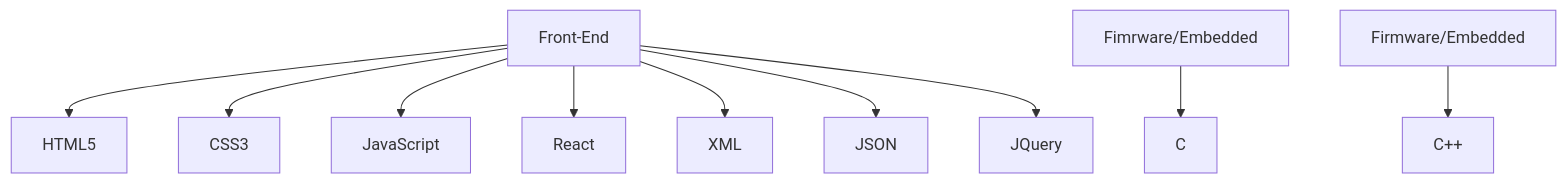
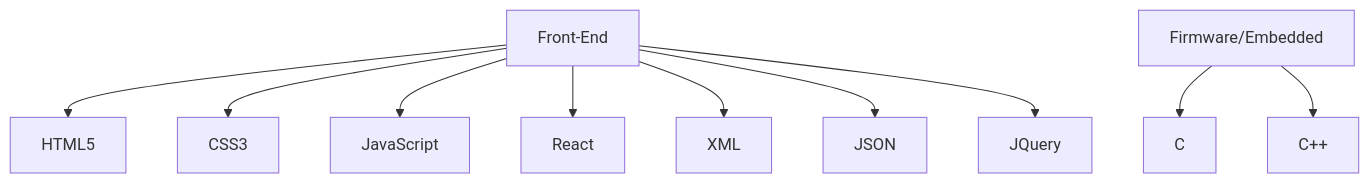
One commit to Jitao-Hu/Jitao-Hu changed the diagram in README.md. Above: the diagram before and after it, drawn with Mermaid.

````diff
--- a/README.md
+++ b/README.md
@@ -29,12 +29,12 @@
 ```mermaid
 graph TD;
     Front-End-->HTML5;
     Front-End-->CSS3;
     Front-End-->JavaScript;
     Front-End-->React;
     Front-End-->XML;
     Front-End-->JSON;
     Front-End-->JQuery;
-    Fimrware/Embedded-->C;
+    Firmware/Embedded-->C;
     Firmware/Embedded-->C++;
    ```
````
